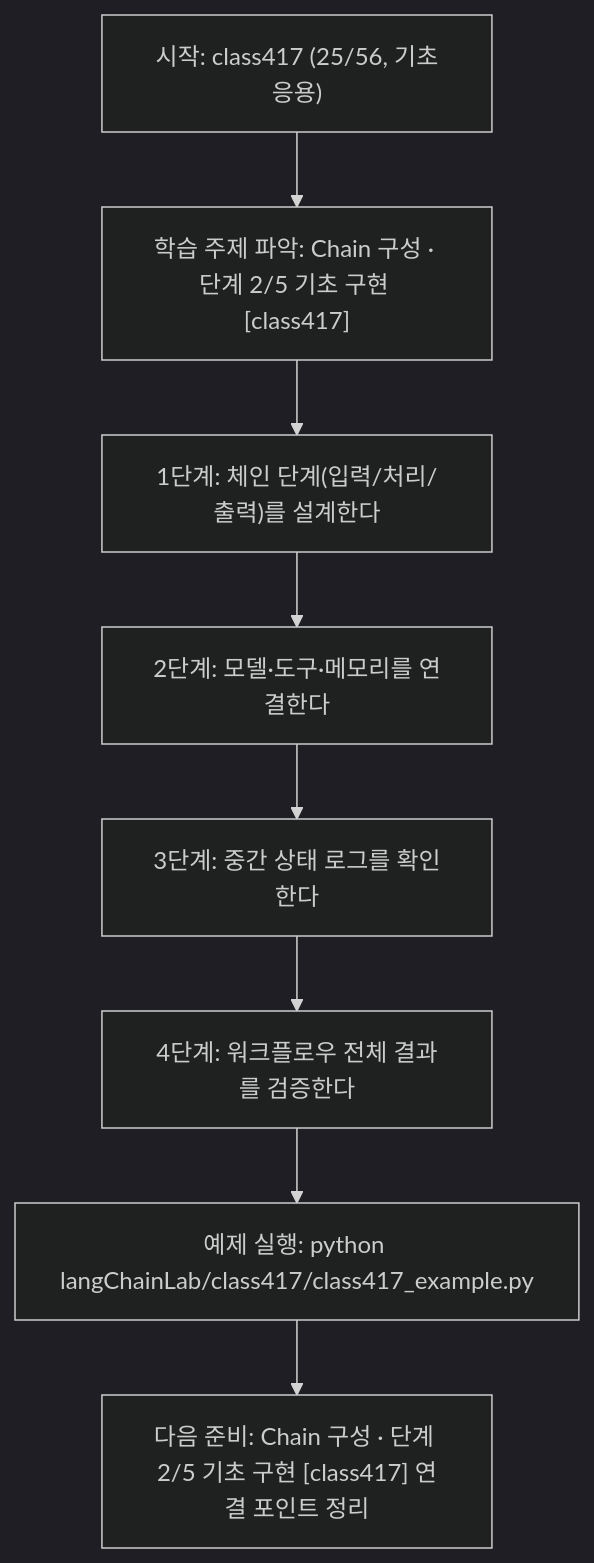
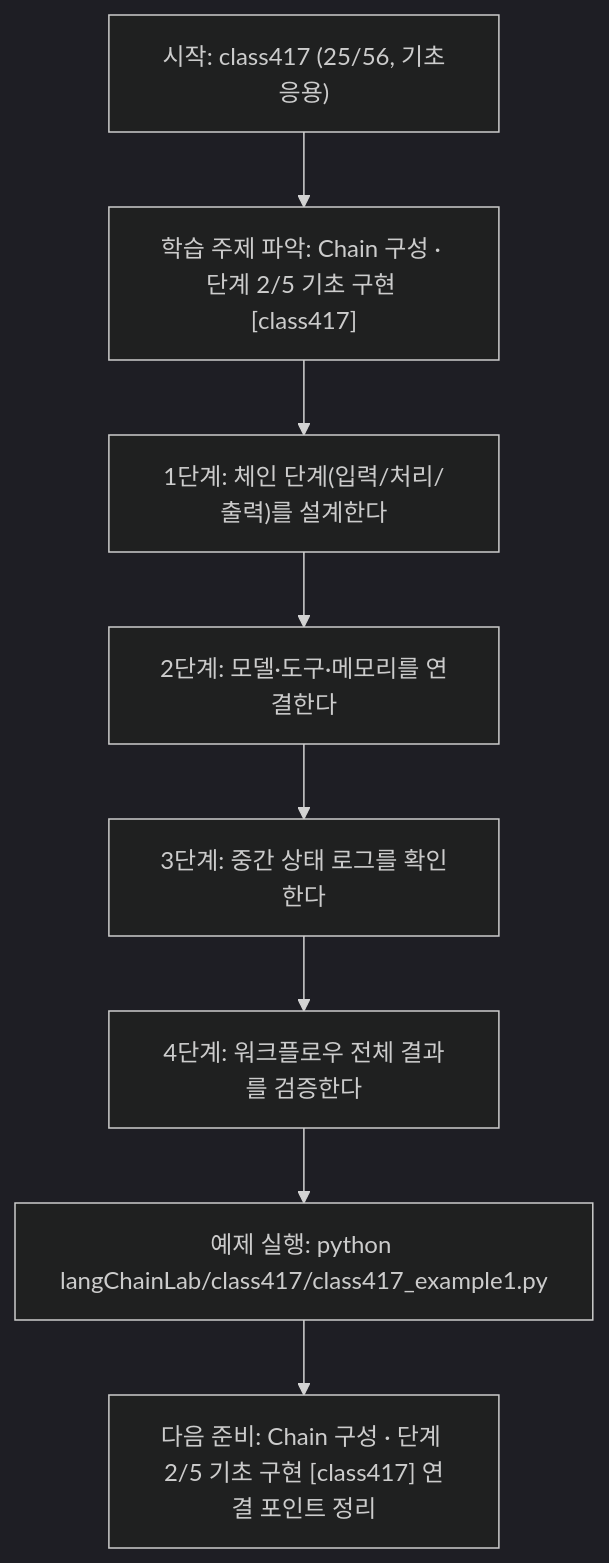
The diagram in langChainLab/class417/class417.md (edumgt/Python-AI_Agent-Class), drawn with Mermaid (dark theme) before and after one commit. The commit also changed other lines of this file and 2959 other files, not shown here.

````diff
--- a/langChainLab/class417/class417.md
+++ b/langChainLab/class417/class417.md
@@ -109,18 +109,18 @@
 ```mermaid
 flowchart TD
 N1["시작: class417 (25/56, 기초응용)"]
 N2["학습 주제 파악: Chain 구성 · 단계 2/5 기초 구현 [class417]"]
 N3["1단계: 체인 단계(입력/처리/출력)를 설계한다"]
 N4["2단계: 모델·도구·메모리를 연결한다"]
 N5["3단계: 중간 상태 로그를 확인한다"]
 N6["4단계: 워크플로우 전체 결과를 검증한다"]
-N7["예제 실행: python langChainLab/class417/class417_example.py"]
+N7["예제 실행: python langChainLab/class417/class417_example1.py"]
 N8["다음 준비: Chain 구성 · 단계 2/5 기초 구현 [class417] 연결 포인트 정리"]
 N1 --> N2
 N2 --> N3
 N3 --> N4
 N4 --> N5
 N5 --> N6
 N6 --> N7
 N7 --> N8
 ```
````
